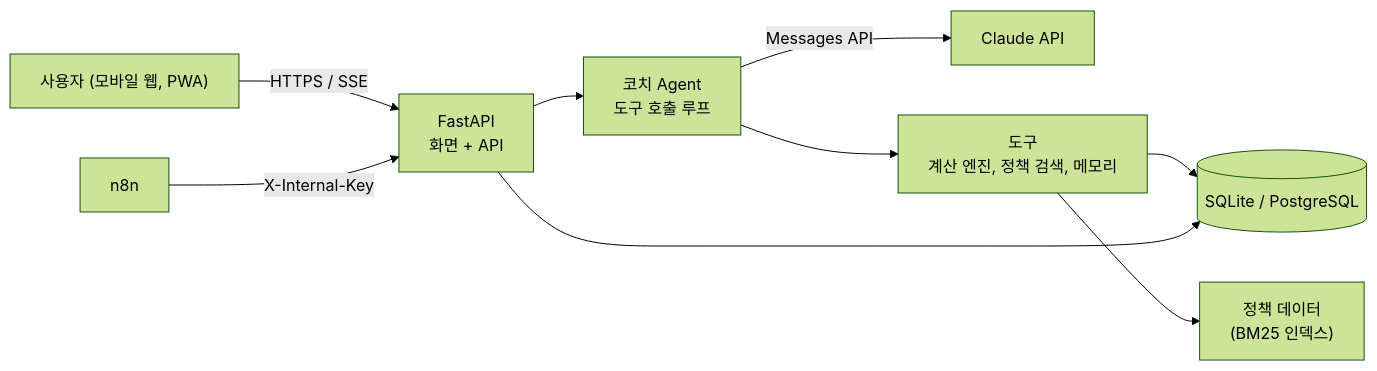
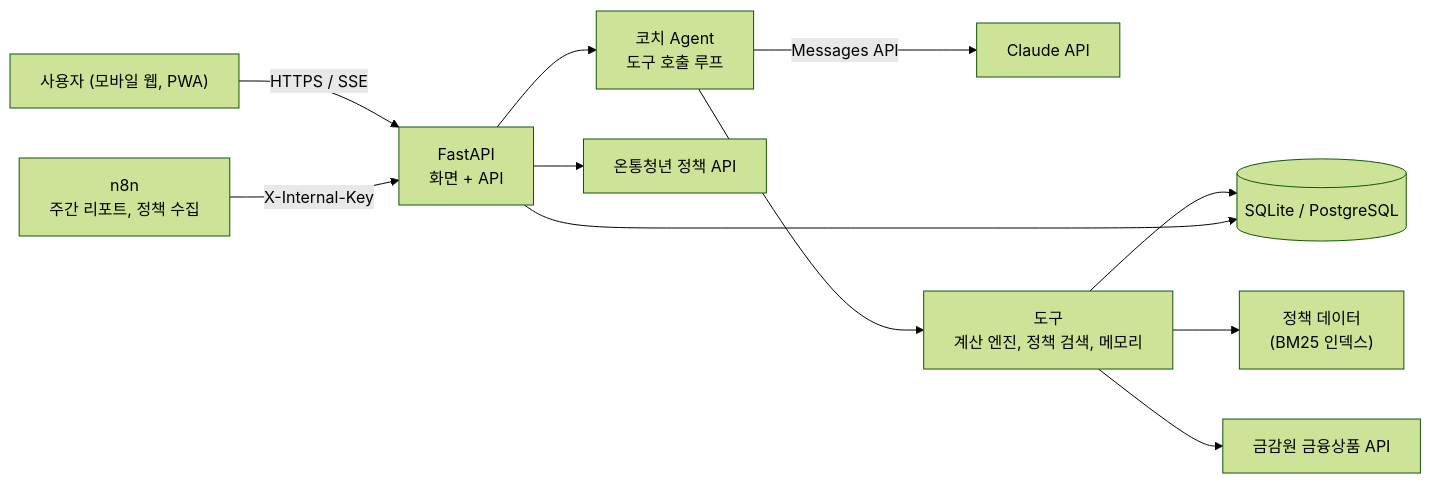
One commit to PSHUN03/Codyssey-M3-1 changed the diagram in README.md. Above: the diagram before and after it, drawn with Mermaid (forest theme). The commit also changed other lines of this file, not shown here.

````diff
--- a/README.md
+++ b/README.md
@@ -86,11 +89,13 @@
 ```mermaid
 flowchart LR
     U["사용자 (모바일 웹, PWA)"] -->|"HTTPS / SSE"| API["FastAPI<br/>화면 + API"]
     API --> AG["코치 Agent<br/>도구 호출 루프"]
     AG -->|"Messages API"| LLM["Claude API"]
     AG --> T["도구<br/>계산 엔진, 정책 검색, 메모리"]
     T --> DB[("SQLite / PostgreSQL")]
     T --> P["정책 데이터<br/>(BM25 인덱스)"]
+    T --> FSS["금감원 금융상품 API"]
     API --> DB
-    N8N["n8n"] -->|"X-Internal-Key"| API
+    N8N["n8n<br/>주간 리포트, 정책 수집"] -->|"X-Internal-Key"| API
+    API --> YC["온통청년 정책 API"]
 ```
````
